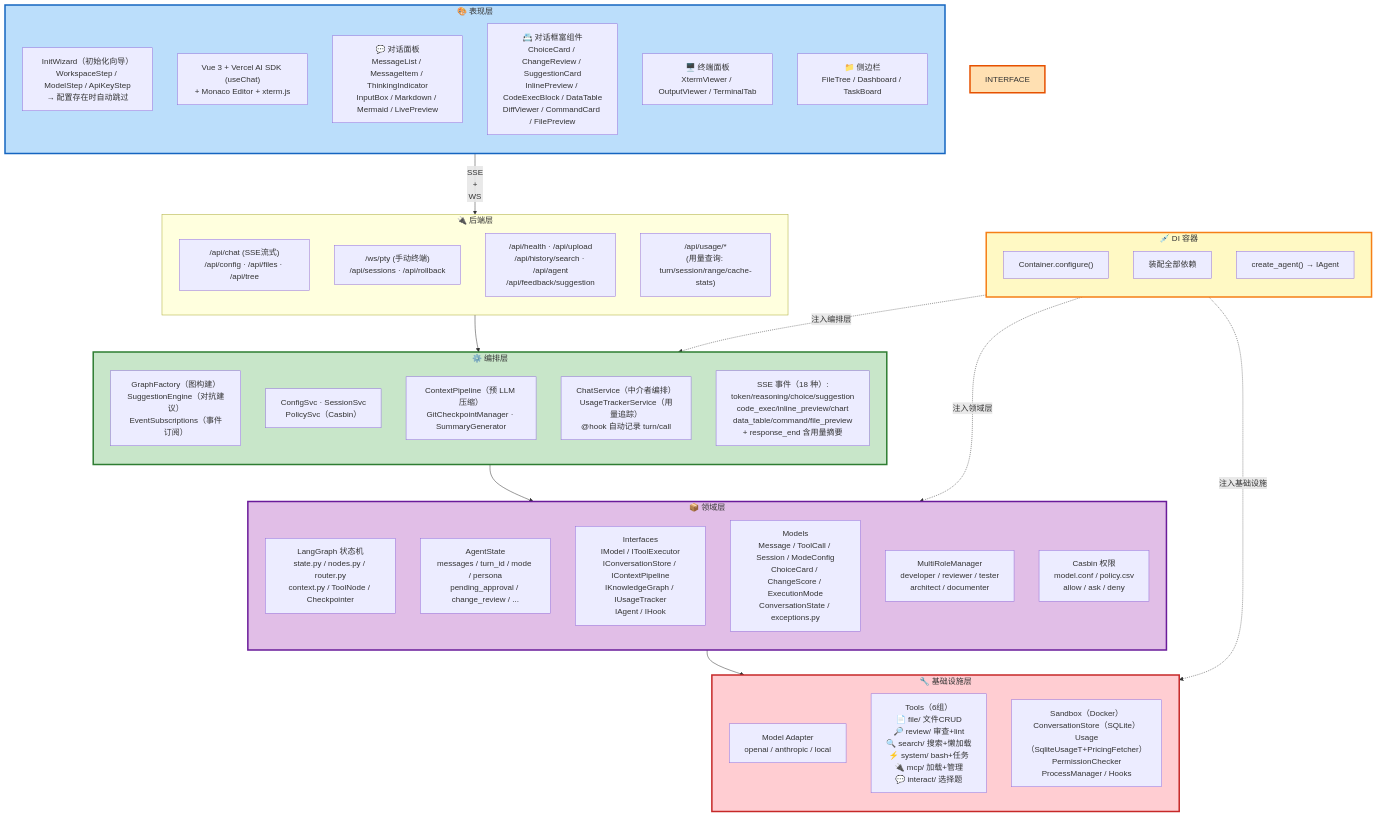
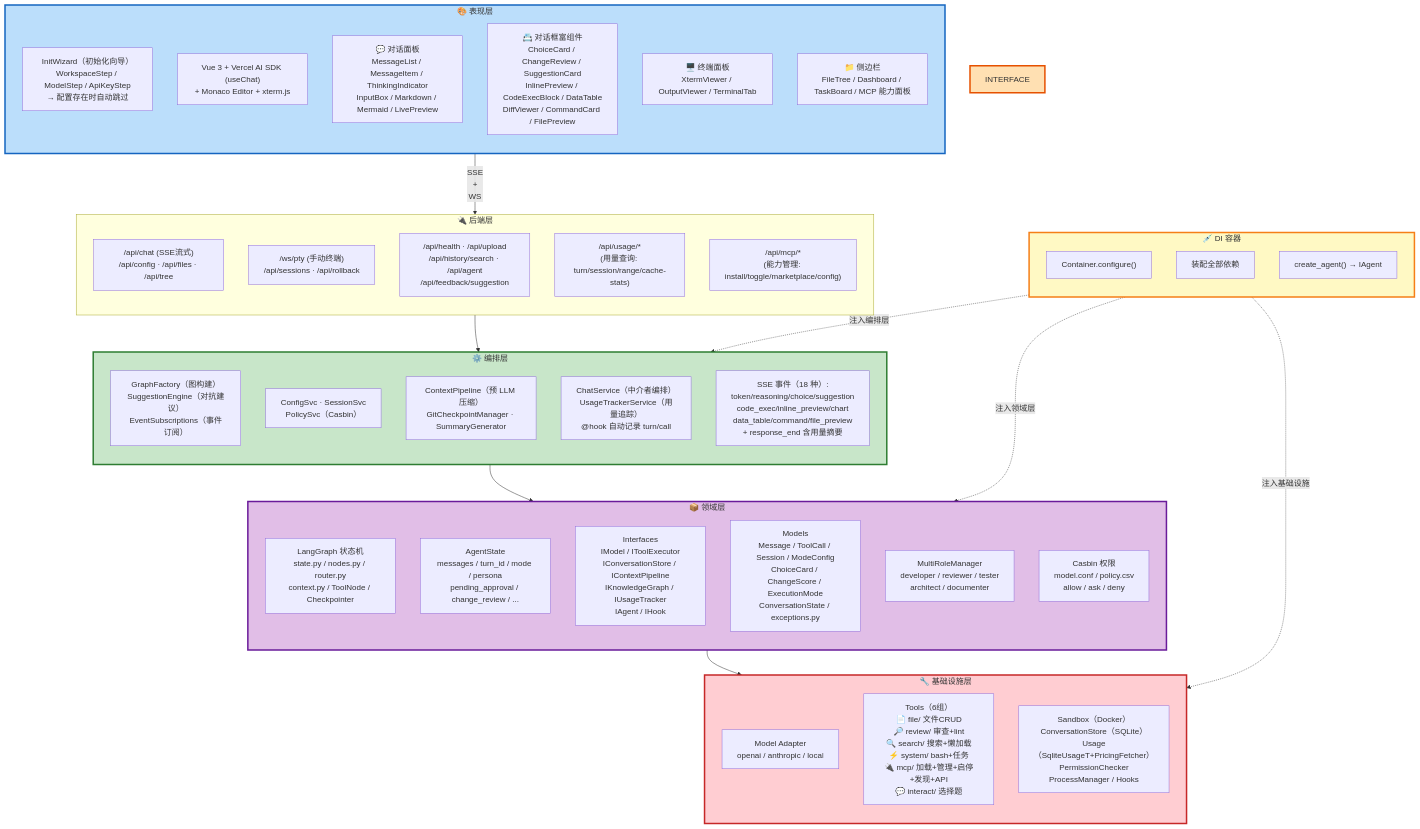
Before and after one commit to sunq0001/flypig: the diagram in docs/docs_refactor/architecture-diagram.md, drawn with Mermaid. The commit also changed other lines of this file and 231 other files, not shown here.

Commit message:
docs: full doc system (vue-docgen-api + JSDoc + pdoc) + gitignore update

````diff
--- a/docs/docs_refactor/architecture-diagram.md
+++ b/docs/docs_refactor/architecture-diagram.md
@@ -145,68 +145,69 @@
 ```mermaid
 flowchart TD
     subgraph PRESENTATION["🎨 表现层"]
         direction TB
         P0["InitWizard（初始化向导）<br/>WorkspaceStep / ModelStep / ApiKeyStep<br/>→ 配置存在时自动跳过"]
         P1["Vue 3 + Vercel AI SDK (useChat)<br/>+ Monaco Editor + xterm.js"]
         P2["💬 对话面板<br/>MessageList / MessageItem / ThinkingIndicator<br/>InputBox / Markdown / Mermaid / LivePreview"]
         P3["📇 对话框富组件<br/>ChoiceCard / ChangeReview / SuggestionCard<br/>InlinePreview / CodeExecBlock / DataTable<br/>DiffViewer / CommandCard / FilePreview"]
         P4["🖥️ 终端面板<br/>XtermViewer / OutputViewer / TerminalTab"]
-        P5["📁 侧边栏<br/>FileTree / Dashboard / TaskBoard"]
+        P5["📁 侧边栏<br/>FileTree / Dashboard / TaskBoard / MCP 能力面板"]
     end
     PRESENTATION -->|"SSE<br/>+<br/>WS"| BACKEND
 
     subgraph BACKEND["🔌 后端层"]
         direction TB
         I1["/api/chat (SSE流式)<br/>/api/config · /api/files · /api/tree"]
         I2["/ws/pty (手动终端)<br/>/api/sessions · /api/rollback"]
         I3["/api/health · /api/upload<br/>/api/history/search · /api/agent<br/>/api/feedback/suggestion"]
         I4["/api/usage/*<br/>(用量查询: turn/session/range/cache-stats)"]
+        I5["/api/mcp/*<br/>(能力管理: install/toggle/marketplace/config)"]
     end
     BACKEND --> ORCHESTRATION
 
     subgraph ORCHESTRATION["⚙️ 编排层"]
         direction TB
         A1["GraphFactory（图构建）<br/>SuggestionEngine（对抗建议）<br/>EventSubscriptions（事件订阅）"]
         A2["ConfigSvc · SessionSvc<br/>PolicySvc（Casbin）"]
         A3["ContextPipeline（预 LLM 压缩）<br/>GitCheckpointManager · SummaryGenerator"]
         A4["ChatService（中介者编排）<br/>UsageTrackerService（用量追踪）<br/>@hook 自动记录 turn/call"]
         A5["SSE 事件（18 种）:<br/>token/reasoning/choice/suggestion<br/>code_exec/inline_preview/chart<br/>data_table/command/file_preview<br/>+ response_end 含用量摘要"]
     end
     ORCHESTRATION --> DOMAIN
 
     subgraph DOMAIN["📦 领域层"]
         direction TB
         D1["LangGraph 状态机<br/>state.py / nodes.py / router.py<br/>context.py / ToolNode / Checkpointer"]
         D2["AgentState<br/>messages / turn_id / mode / persona<br/>pending_approval / change_review / ..."]
         D3["Interfaces<br/>IModel / IToolExecutor<br/>IConversationStore / IContextPipeline<br/>IKnowledgeGraph / IUsageTracker<br/>IAgent / IHook"]
         D4["Models<br/>Message / ToolCall / Session / ModeConfig<br/>ChoiceCard / ChangeScore / ExecutionMode<br/>ConversationState / exceptions.py"]
         D5["MultiRoleManager<br/>developer / reviewer / tester<br/>architect / documenter"]
         D6["Casbin 权限<br/>model.conf / policy.csv<br/>allow / ask / deny"]
     end
     DOMAIN --> INFRASTRUCTURE
 
     subgraph INFRASTRUCTURE["🔧 基础设施层"]
         direction TB
         F1["Model Adapter<br/>openai / anthropic / local"]
-        F2["Tools（6组）<br/>📄 file/ 文件CRUD<br/>🔎 review/ 审查+lint<br/>🔍 search/ 搜索+懒加载<br/>⚡ system/ bash+任务<br/>🔌 mcp/ 加载+管理<br/>💬 interact/ 选择题"]
+        F2["Tools（6组）<br/>📄 file/ 文件CRUD<br/>🔎 review/ 审查+lint<br/>🔍 search/ 搜索+懒加载<br/>⚡ system/ bash+任务<br/>🔌 mcp/ 加载+管理+启停+发现+API<br/>💬 interact/ 选择题"]
         F3["Sandbox（Docker）<br/>ConversationStore（SQLite）<br/>Usage（SqliteUsageT+PricingFetcher）<br/>PermissionChecker<br/>ProcessManager / Hooks"]
     end
 
     subgraph DI["💉 DI 容器"]
         direction TB
         DX1["Container.configure()"]
         DX2["装配全部依赖"]
         DX3["create_agent() → IAgent"]
     end
 
     DI -.->|注入编排层| ORCHESTRATION
     DI -.->|注入领域层| DOMAIN
     DI -.->|注入基础设施| INFRASTRUCTURE
 
     style PRESENTATION fill:#BBDEFB,stroke:#1565C0,stroke-width:3px,fontSize:16px
     style INTERFACE fill:#FFE0B2,stroke:#E65100,stroke-width:3px,fontSize:16px
     style ORCHESTRATION fill:#C8E6C9,stroke:#2E7D32,stroke-width:3px,fontSize:16px
     style DOMAIN fill:#E1BEE7,stroke:#6A1B9A,stroke-width:3px,fontSize:16px
     style INFRASTRUCTURE fill:#FFCDD2,stroke:#C62828,stroke-width:3px,fontSize:16px
     style DI fill:#FFF9C4,stroke:#F57F17,stroke-width:3px,fontSize:16px
 ```
````
